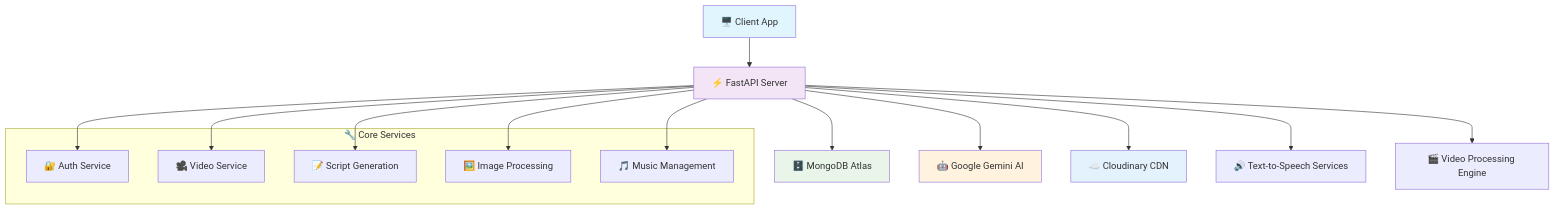
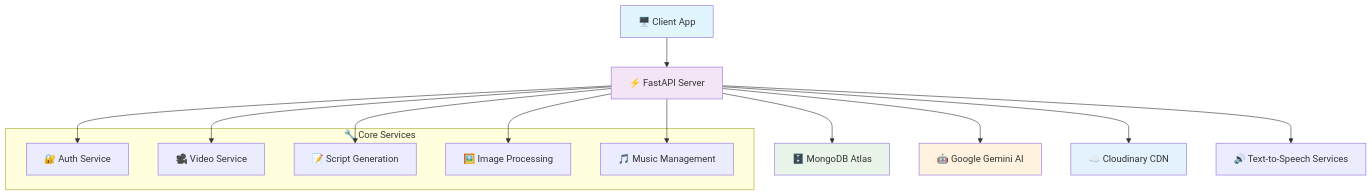
The diagram in README.md (pqkkkkk/AIShortVideoCreator-server), drawn with Mermaid before and after one commit. The commit also changed other lines of this file, not shown here.

````diff
--- a/README.md
+++ b/README.md
@@ -42,29 +54,28 @@
 ```mermaid
 graph TB
     A[🖥️ Client App] --> B[⚡ FastAPI Server]
     B --> C[🗄️ MongoDB Atlas]
     B --> D[🤖 Google Gemini AI]
     B --> E[☁️ Cloudinary CDN]
     B --> F[🔊 Text-to-Speech Services]
-    B --> G[🎬 Video Processing Engine]
     
     subgraph "🔧 Core Services"
         H[🔐 Auth Service]
         I[🎥 Video Service]
         J[📝 Script Generation]
         K[🖼️ Image Processing]
         L[🎵 Music Management]
     end
     
     B --> H
     B --> I
     B --> J
     B --> K
     B --> L
     
     style A fill:#e1f5fe
     style B fill:#f3e5f5
     style C fill:#e8f5e8
     style D fill:#fff3e0
     style E fill:#e3f2fd
 ```
````
